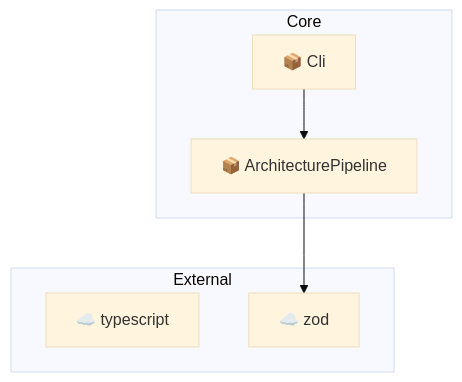
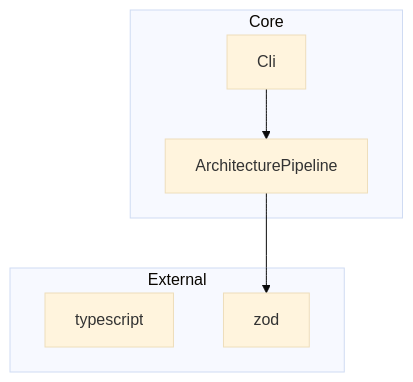
One commit to chachachavito/architecture-diagram-generator changed the diagram in README.md. Above: the diagram before and after it, drawn with Mermaid (base theme). The commit also changed other lines of this file and 5 other files, not shown here.

````diff
--- a/README.md
+++ b/README.md
@@ -39,13 +39,13 @@
 ```mermaid
 flowchart TD
   subgraph Core
-    src_cli_ts["📦 Cli"]
-    src_core_Pipeline_ts["📦 ArchitecturePipeline"]
+    src_cli_ts["Cli"]
+    src_core_Pipeline_ts["ArchitecturePipeline"]
   end
   subgraph External
-    typescript["☁️ typescript"]
-    zod["☁️ zod"]
+    typescript["typescript"]
+    zod["zod"]
   end
   src_cli_ts --> src_core_Pipeline_ts
   src_core_Pipeline_ts --> zod
 ```
````
